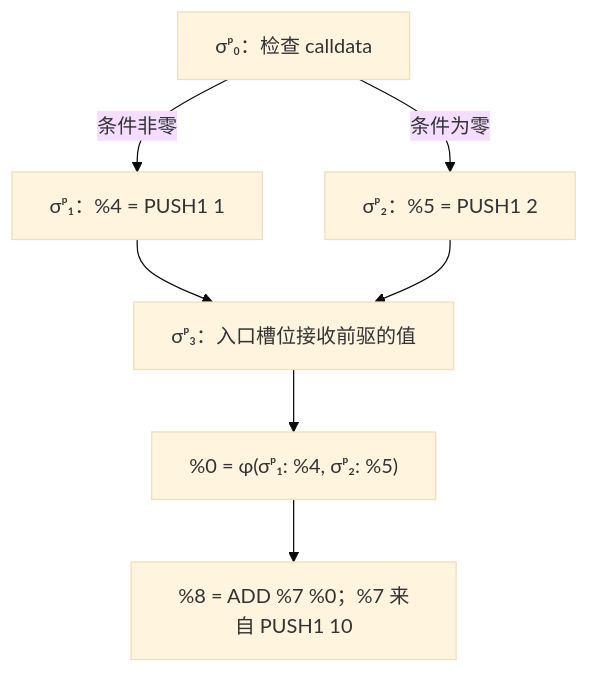
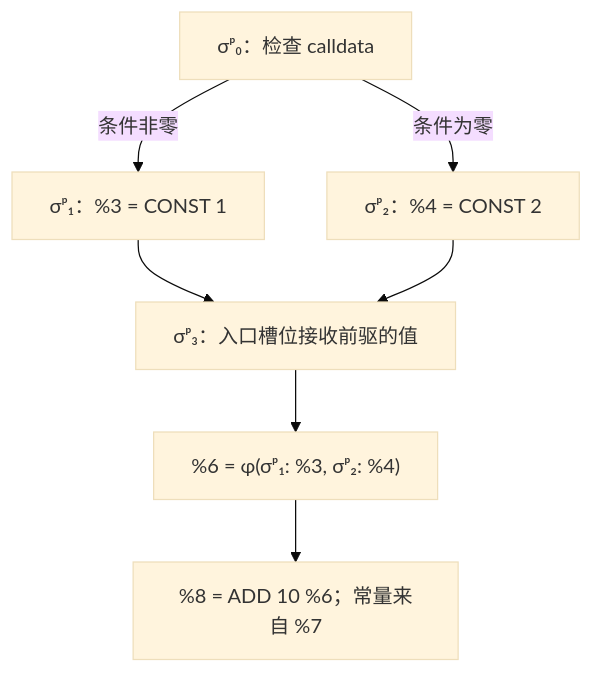
One commit to ethever/evm-abstract-lab changed the first of 2 diagrams in docs/04-ssa.md. Above: the diagram before and after it, drawn with Mermaid (base theme). The commit also changed other lines of this file and 75 other files, not shown here.

````diff
--- a/docs/04-ssa.md
+++ b/docs/04-ssa.md
@@ -65,9 +69,9 @@
 ```mermaid
 flowchart TD
-    A["σᵖ₀：检查 calldata"] -->|条件非零| B["σᵖ₁：%4 = PUSH1 1"]
-    A -->|条件为零| C["σᵖ₂：%5 = PUSH1 2"]
+    A["σᵖ₀：检查 calldata"] -->|条件非零| B["σᵖ₁：%3 = CONST 1"]
+    A -->|条件为零| C["σᵖ₂：%4 = CONST 2"]
     B --> D["σᵖ₃：入口槽位接收前驱的值"]
     C --> D
-    D --> E["%0 = φ(σᵖ₁: %4, σᵖ₂: %5)"]
-    E --> F["%8 = ADD %7 %0；%7 来自 PUSH1 10"]
+    D --> E["%6 = φ(σᵖ₁: %3, σᵖ₂: %4)"]
+    E --> F["%8 = ADD 10 %6；常量来自 %7"]
 ```
````
